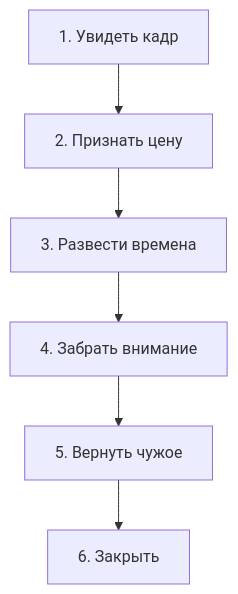
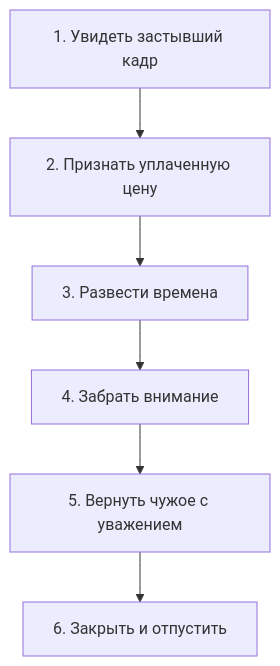
Before and after one commit to GTFB/threebooks: the diagram in root/39-universal-patch-engineering/ru.mdx, drawn with Mermaid. The commit also changed other lines of this file and 40 other files, not shown here.

````diff
--- a/root/39-universal-patch-engineering/ru.mdx
+++ b/root/39-universal-patch-engineering/ru.mdx
@@ -29,8 +31,8 @@
 ```mermaid
 flowchart TB
-  A["1. Увидеть кадр"] --> B["2. Признать цену"]
+  A["1. Увидеть застывший кадр"] --> B["2. Признать уплаченную цену"]
   B --> C["3. Развести времена"]
   C --> D["4. Забрать внимание"]
-  D --> E["5. Вернуть чужое"]
-  E --> F["6. Закрыть"]
+  D --> E["5. Вернуть чужое с уважением"]
+  E --> F["6. Закрыть и отпустить"]
 ```
````
